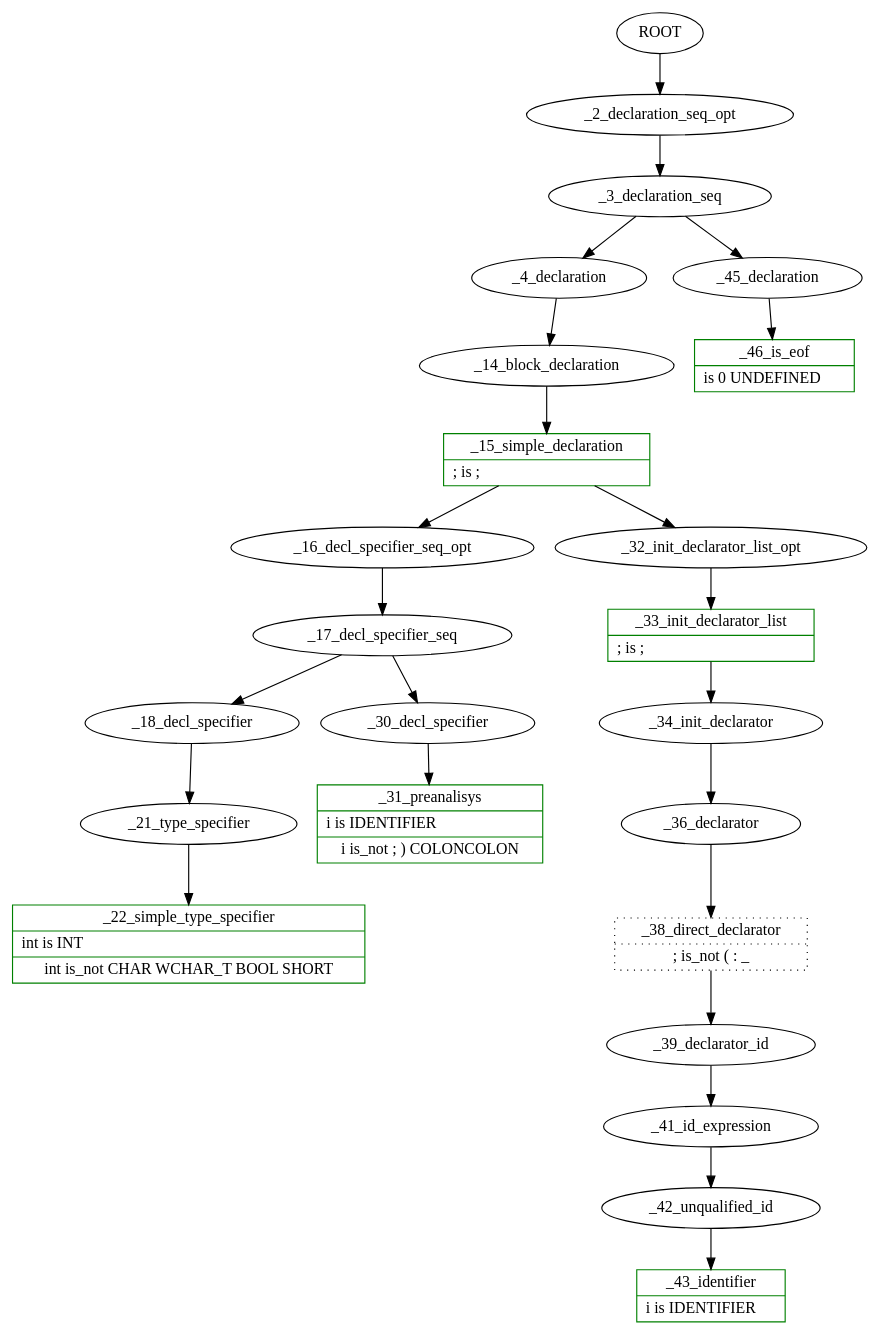
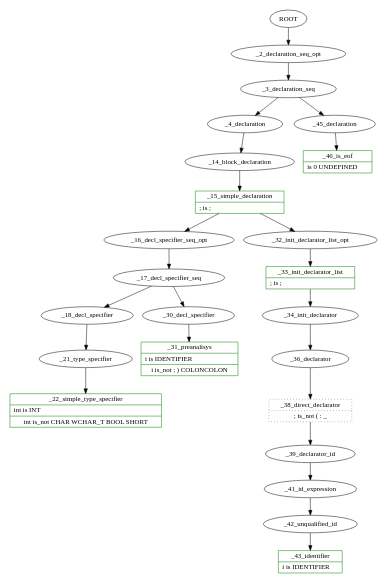
Before and after one commit to fructu/abidos_cpp_doc: the diagram in programmer_manual/chapter_trace/examples/trace_book_01.cpp_pruned.gv, drawn with Graphviz. The commit also changed 8 other files, not shown here.

```diff
--- a/programmer_manual/chapter_trace/examples/trace_book_01.cpp_pruned.gv
+++ b/programmer_manual/chapter_trace/examples/trace_book_01.cpp_pruned.gv
@@ -1,96 +1,98 @@
 /*
  cat /home/hevia/working/abidos/processor/test_out//trace_book_01.cpp.gv | dot -Tpng > /home/hevia/working/abidos/processor/test_out//trace_book_01.cpp.gv.png
 */
 digraph G {
+  size ="6, 7!";
+
   ROOT[label="ROOT"]
   _2_declaration_seq_opt[label="_2_declaration_seq_opt"]
   _3_declaration_seq[label="_3_declaration_seq"]
   _4_declaration[label="_4_declaration"]
 //  _5_is_eof[label="{_5_is_eof|int\ is_not EOF}", shape="record", color=black, style=dotted]
 //  _6_extern_c[label="{_6_extern_c|int\ is_not EXTERN}", shape="record", color=black, style=dotted]
 //  _7_preprocessor[label="_7_preprocessor"]
 //  _8_preprocessor_define[label="{_8_preprocessor_define|int\ is_not #}", shape="record", color=black, style=dotted]
 //  _9_preprocessor_include[label="{_9_preprocessor_include|int\ is_not #}", shape="record", color=black, style=dotted]
 //  _10_preprocessor_ifndef[label="{_10_preprocessor_ifndef|int\ is_not #}", shape="record", color=black, style=dotted]
 //  _11_preprocessor_endif[label="{_11_preprocessor_endif|int\ is_not #}", shape="record", color=black, style=dotted]
 //  _12_preprocessor_other_dummy[label="{_12_preprocessor_other_dummy|int\ is_not #}", shape="record", color=black, style=dotted]
 //  _13_template_declaration[label="{_13_template_declaration|int\ is_not TEMPLATE}", shape="record", color=black, style=dotted]
   _14_block_declaration[label="_14_block_declaration"]
   _15_simple_declaration[label="{_15_simple_declaration|; is  ; \l}", shape="record", color=green]
   _16_decl_specifier_seq_opt[label="_16_decl_specifier_seq_opt"]
   _17_decl_specifier_seq[label="_17_decl_specifier_seq"]
   _18_decl_specifier[label="_18_decl_specifier"]
 //  _19_preanalisys[label="{_19_preanalisys|int\ is_not ;\ )\ COLONCOLON\ IDENTIFIER\ ~\ #}", shape="record", color=black, style=dotted]
 //  _20_storage_class_specifier[label="{_20_storage_class_specifier|int\ is_not AUTO\ REGISTER\ STATIC\ EXTERN\ MUTABLE}", shape="record", color=black, style=dotted]
   _21_type_specifier[label="_21_type_specifier"]
   _22_simple_type_specifier[label="{_22_simple_type_specifier|int is INT\l|int\ is_not CHAR\ WCHAR_T\ BOOL\ SHORT}", shape="record", color=green]
 //  _23_type_name[label="_23_type_name"]
 //  _24_class_name[label="{_24_class_name|int\ is_not CLASS_NAME}", shape="record", color=black, style=dotted]
 //  _25_enum_name[label="{_25_enum_name|int\ is_not ENUM\ ENUM_NAME}", shape="record", color=black, style=dotted]
 //  _26_typedef_name[label="{_26_typedef_name|int\ is_not TYPEDEF_NAME}", shape="record", color=black, style=dotted]
 //  _27_nested_name_specifier[label="{_27_nested_name_specifier|int\ is_not CLASS_NAME\ NAMESPACE_NAME\ TEMPLATE_NAME}", shape="record", color=black, style=dotted]
 //  _28_template_id[label="_28_template_id"]
 //  _29_template_name[label="{_29_template_name|int\ is_not TEMPLATE_NAME}", shape="record", color=black, style=dotted]
   _30_decl_specifier[label="_30_decl_specifier"]
   _31_preanalisys[label="{_31_preanalisys|i is IDENTIFIER\l|i\ is_not ;\ )\ COLONCOLON}", shape="record", color=green]
   _32_init_declarator_list_opt[label="_32_init_declarator_list_opt"]
   _33_init_declarator_list[label="{_33_init_declarator_list|; is  ; \l}", shape="record", color=green]
   _34_init_declarator[label="_34_init_declarator"]
 //  _35_ptr_specifier[label="{_35_ptr_specifier|i\ is_not *\ &}", shape="record", color=black, style=dotted]
   _36_declarator[label="_36_declarator"]
 //  _37_preanalisys[label="{_37_preanalisys|i\ is_not )\ ;}", shape="record", color=black, style=dotted]
   _38_direct_declarator[label="{_38_direct_declarator|;\ is_not (\ \:\ \_}", shape="record", color=black, style=dotted]
   _39_declarator_id[label="_39_declarator_id"]
 //  _40_COLONCOLON_opt[label="{_40_COLONCOLON_opt|i\ is_not COLONCOLON}", shape="record", color=black, style=dotted]
   _41_id_expression[label="_41_id_expression"]
   _42_unqualified_id[label="_42_unqualified_id"]
   _43_identifier[label="{_43_identifier|i is IDENTIFIER\l}", shape="record", color=green]
 //  _44_initializer_dummy[label="{_44_initializer_dummy|;\ is_not =}", shape="record", color=black, style=dotted]
   _45_declaration[label="_45_declaration"]
   _46_is_eof[label="{_46_is_eof| is 0 UNDEFINED\l}", shape="record", color=green]
   ROOT->_2_declaration_seq_opt;
   _2_declaration_seq_opt->_3_declaration_seq;
   _3_declaration_seq->_4_declaration;
 //  _4_declaration->_5_is_eof;
 //  _4_declaration->_6_extern_c;
 //  _4_declaration->_7_preprocessor;
 //  _7_preprocessor->_8_preprocessor_define;
 //  _7_preprocessor->_9_preprocessor_include;
 //  _7_preprocessor->_10_preprocessor_ifndef;
 //  _7_preprocessor->_11_preprocessor_endif;
 //  _7_preprocessor->_12_preprocessor_other_dummy;
 //  _4_declaration->_13_template_declaration;
   _4_declaration->_14_block_declaration;
   _14_block_declaration->_15_simple_declaration;
   _15_simple_declaration->_16_decl_specifier_seq_opt;
   _16_decl_specifier_seq_opt->_17_decl_specifier_seq;
   _17_decl_specifier_seq->_18_decl_specifier;
 //  _18_decl_specifier->_19_preanalisys;
 //  _18_decl_specifier->_20_storage_class_specifier;
   _18_decl_specifier->_21_type_specifier;
   _21_type_specifier->_22_simple_type_specifier;
 //  _22_simple_type_specifier->_23_type_name;
 //  _23_type_name->_24_class_name;
 //  _23_type_name->_25_enum_name;
 //  _23_type_name->_26_typedef_name;
 //  _22_simple_type_specifier->_27_nested_name_specifier;
 //  _22_simple_type_specifier->_28_template_id;
 //  _28_template_id->_29_template_name;
   _17_decl_specifier_seq->_30_decl_specifier;
   _30_decl_specifier->_31_preanalisys;
   _15_simple_declaration->_32_init_declarator_list_opt;
   _32_init_declarator_list_opt->_33_init_declarator_list;
   _33_init_declarator_list->_34_init_declarator;
 //  _34_init_declarator->_35_ptr_specifier;
   _34_init_declarator->_36_declarator;
 //  _36_declarator->_37_preanalisys;
   _36_declarator->_38_direct_declarator;
   _38_direct_declarator->_39_declarator_id;
 //  _39_declarator_id->_40_COLONCOLON_opt;
   _39_declarator_id->_41_id_expression;
   _41_id_expression->_42_unqualified_id;
   _42_unqualified_id->_43_identifier;
 //  _34_init_declarator->_44_initializer_dummy;
   _3_declaration_seq->_45_declaration;
   _45_declaration->_46_is_eof;
 }
```
